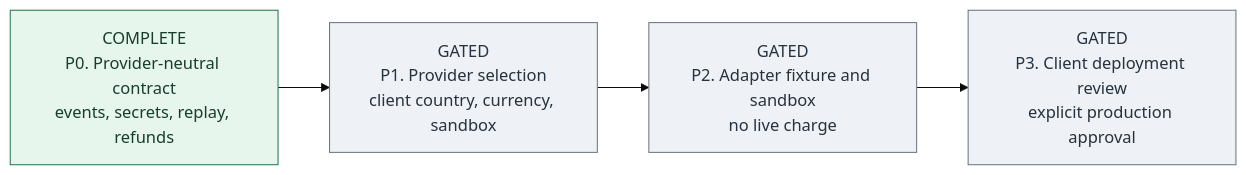
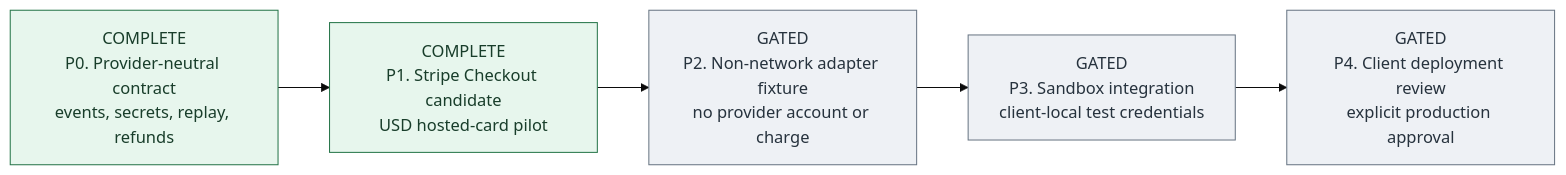
The third of 3 diagrams in docs/ADD-ON-PLATFORM-STATUS.md (orojas01-glitch/redcms), drawn with Mermaid (base theme) before and after one commit. The commit also changed other lines of this file and 5 other files, not shown here.

Commit message:
Select Store Lite payment adapter candidate (#125)

````diff
--- a/docs/ADD-ON-PLATFORM-STATUS.md
+++ b/docs/ADD-ON-PLATFORM-STATUS.md
@@ -94,14 +94,15 @@
 ```mermaid
 flowchart LR
     P0["COMPLETE<br/>P0. Provider-neutral contract<br/>events, secrets, replay, refunds"]
-    P1["GATED<br/>P1. Provider selection<br/>client country, currency, sandbox"]
-    P2["GATED<br/>P2. Adapter fixture and sandbox<br/>no live charge"]
-    P3["GATED<br/>P3. Client deployment review<br/>explicit production approval"]
+    P1["COMPLETE<br/>P1. Stripe Checkout candidate<br/>USD hosted-card pilot"]
+    P2["GATED<br/>P2. Non-network adapter fixture<br/>no provider account or charge"]
+    P3["GATED<br/>P3. Sandbox integration<br/>client-local test credentials"]
+    P4["GATED<br/>P4. Client deployment review<br/>explicit production approval"]
 
-    P0 --> P1 --> P2 --> P3
+    P0 --> P1 --> P2 --> P3 --> P4
 
     classDef complete fill:#e7f6ed,stroke:#27764a,color:#183d2a;
     classDef gated fill:#eef1f5,stroke:#697684,color:#26323d;
-    class P0 complete;
-    class P1,P2,P3 gated;
+    class P0,P1 complete;
+    class P2,P3,P4 gated;
 ```
````
